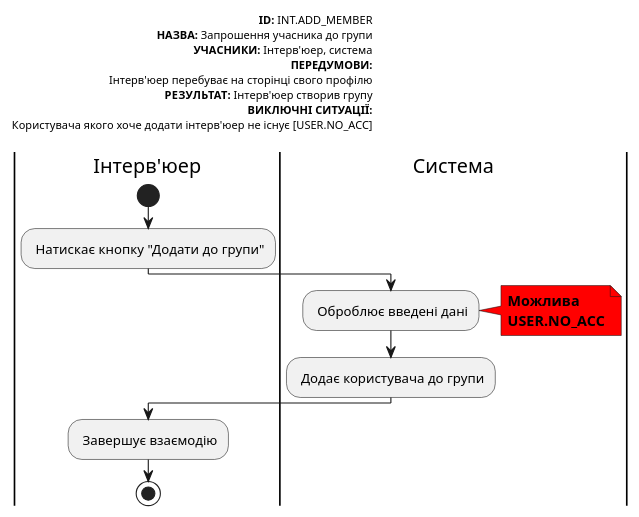
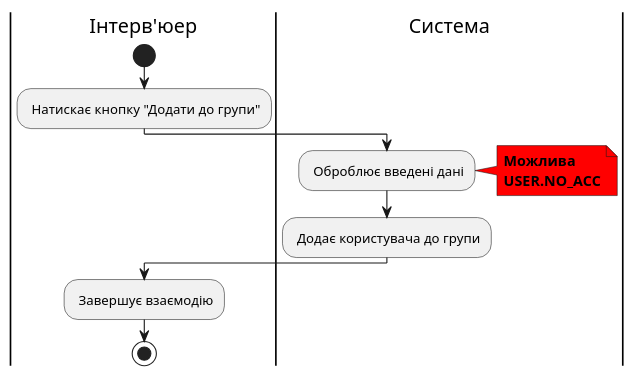
One commit to michigang1/ImForms changed diagram 15 of 22 in docs/use cases/README.md. Above: the diagram before and after it, drawn with PlantUML. The commit also changed other lines of this file, not shown here.

```diff
--- a/docs/use cases/README.md
+++ b/docs/use cases/README.md
@@ -488,30 +514,19 @@
 @startuml
-left header
-<font color=000 size=10><b>ID:</b> INT.ADD_MEMBER
-<font color=000 size=10><b>НАЗВА:</b> Запрошення учасника до групи
-<font color=000 size=10><b>УЧАСНИКИ:</b> Інтерв'юер, система  
-<font color=000 size=10><b>ПЕРЕДУМОВИ:</b>
-<font color=000 size=10> Інтерв'юер перебуває на сторінці свого профілю
-<font color=000 size=10><b>РЕЗУЛЬТАТ:</b> Інтерв'юер створив групу
-<font color=000 size=10><b>ВИКЛЮЧНІ СИТУАЦІЇ:</b>
-<font color=000 size=10> Користувача якого хоче додати інтерв'юер не існує [USER.NO_ACC]
-
-end header
 
 |Інтерв'юер|
 start
 : Натискає кнопку "Додати до групи";
 
 |Система|
 : Оброблює введені дані;
 note right #ff0000
 <b>Можлива</b>
 <b>USER.NO_ACC</b>
 end note
 
         : Додає користувача до групи;
 
 |Інтерв'юер|
 : Завершує взаємодію;
 stop;
 @enduml
```
